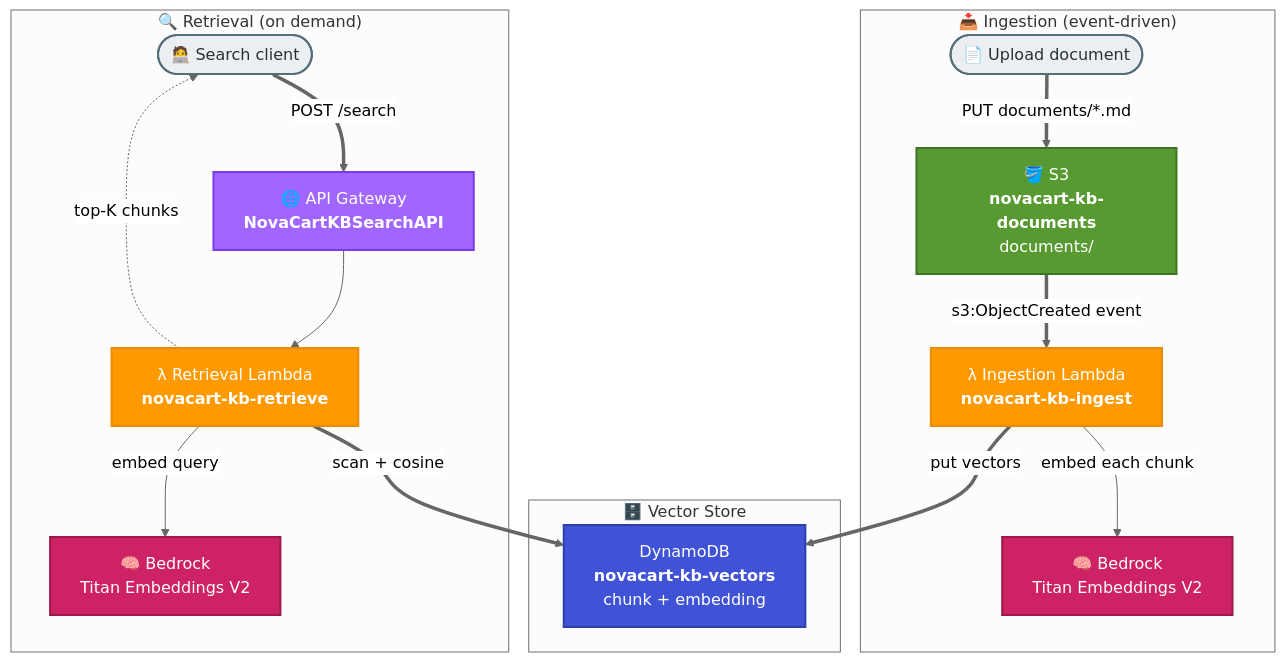
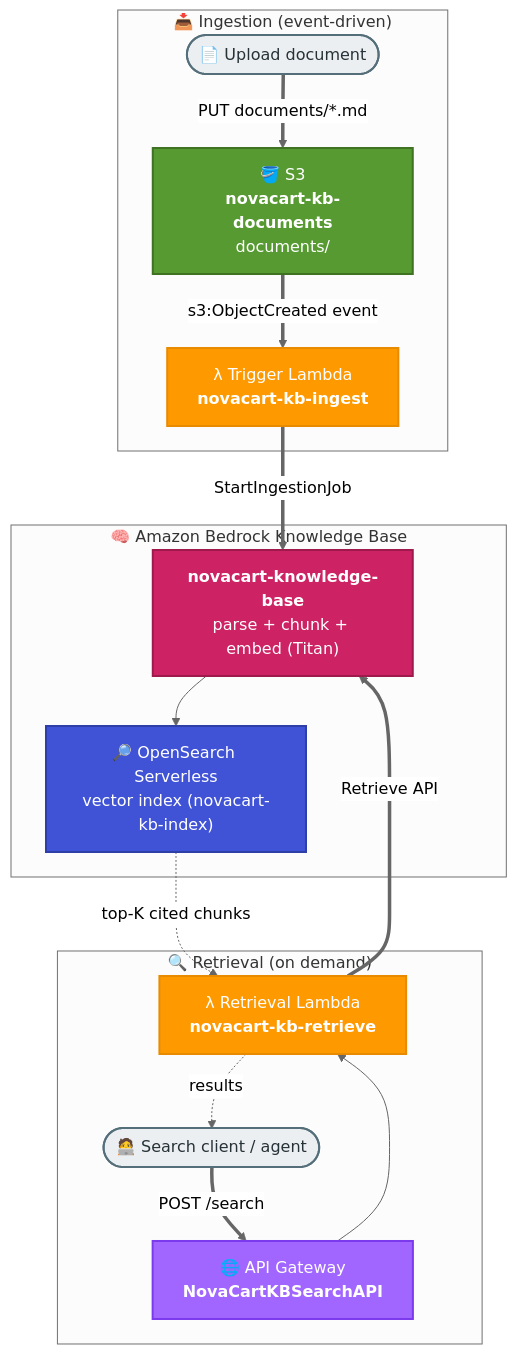
One commit to abhi-achar/aws-hands-on-training changed the diagram in week3/task2-doc-ingestion/README.md. Above: the diagram before and after it, drawn with Mermaid (neutral theme). The commit also changed other lines of this file and 13 other files, not shown here.

First line of the commit message:
feat(week3): migrate RAG from DynamoDB to Amazon Bedrock Knowledge Base

````diff
--- a/week3/task2-doc-ingestion/README.md
+++ b/week3/task2-doc-ingestion/README.md
@@ -12,35 +12,34 @@
 ```mermaid
 flowchart TD
     subgraph Ingestion["📥 Ingestion (event-driven)"]
         Upload(["📄 Upload document"]):::client
         S3["🪣 S3<br/><b>novacart-kb-documents</b><br/>documents/"]:::storage
-        IngLambda["λ Ingestion Lambda<br/><b>novacart-kb-ingest</b>"]:::lambda
-        EmbedI["🧠 Bedrock<br/>Titan Embeddings V2"]:::bedrock
+        IngLambda["λ Trigger Lambda<br/><b>novacart-kb-ingest</b>"]:::lambda
     end
-    subgraph Storage["🗄️ Vector Store"]
-        DDB["DynamoDB<br/><b>novacart-kb-vectors</b><br/>chunk + embedding"]:::db
+    subgraph KB["🧠 Amazon Bedrock Knowledge Base"]
+        KBsvc["<b>novacart-knowledge-base</b><br/>parse + chunk + embed (Titan)"]:::bedrock
+        OSS["🔎 OpenSearch Serverless<br/>vector index (novacart-kb-index)"]:::db
     end
     subgraph Retrieval["🔍 Retrieval (on demand)"]
-        Client(["🧑‍💻 Search client"]):::client
+        Client(["🧑‍💻 Search client / agent"]):::client
         APIGW["🌐 API Gateway<br/><b>NovaCartKBSearchAPI</b>"]:::apigw
         RetLambda["λ Retrieval Lambda<br/><b>novacart-kb-retrieve</b>"]:::lambda
-        EmbedR["🧠 Bedrock<br/>Titan Embeddings V2"]:::bedrock
     end
 
     Upload ==>|"PUT documents/*.md"| S3
     S3 ==>|"s3:ObjectCreated event"| IngLambda
-    IngLambda -->|"embed each chunk"| EmbedI
-    IngLambda ==>|"put vectors"| DDB
+    IngLambda ==>|"StartIngestionJob"| KBsvc
+    KBsvc --> OSS
     Client ==>|"POST /search"| APIGW
     APIGW --> RetLambda
-    RetLambda -->|"embed query"| EmbedR
-    RetLambda ==>|"scan + cosine"| DDB
-    RetLambda -.->|"top-K chunks"| Client
+    RetLambda ==>|"Retrieve API"| KBsvc
+    OSS -.->|"top-K cited chunks"| RetLambda
+    RetLambda -.->|"results"| Client
 
     classDef client fill:#ECEFF1,stroke:#546E7A,stroke-width:2px,color:#263238
     classDef storage fill:#569A31,stroke:#3F7222,stroke-width:2px,color:#ffffff
     classDef lambda fill:#FF9900,stroke:#E88B00,stroke-width:2px,color:#ffffff
     classDef bedrock fill:#CD2264,stroke:#9E1A4D,stroke-width:2px,color:#ffffff
     classDef db fill:#4053D6,stroke:#2E3FA8,stroke-width:2px,color:#ffffff
     classDef apigw fill:#A166FF,stroke:#7C3AED,stroke-width:2px,color:#ffffff
 ```
````
